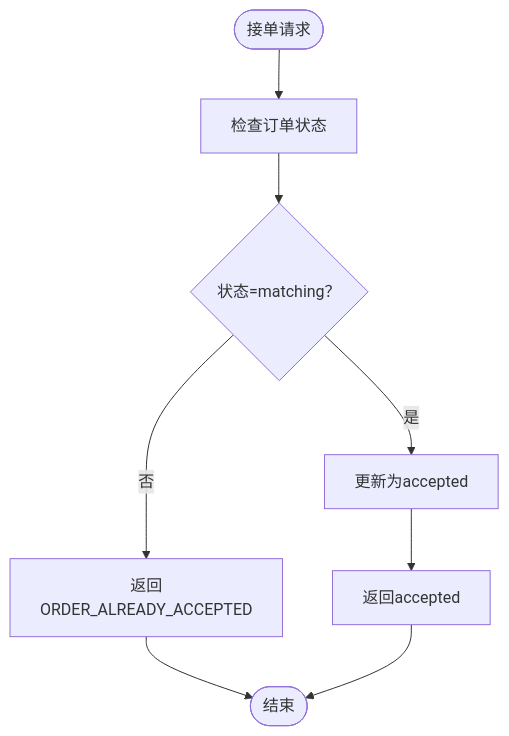
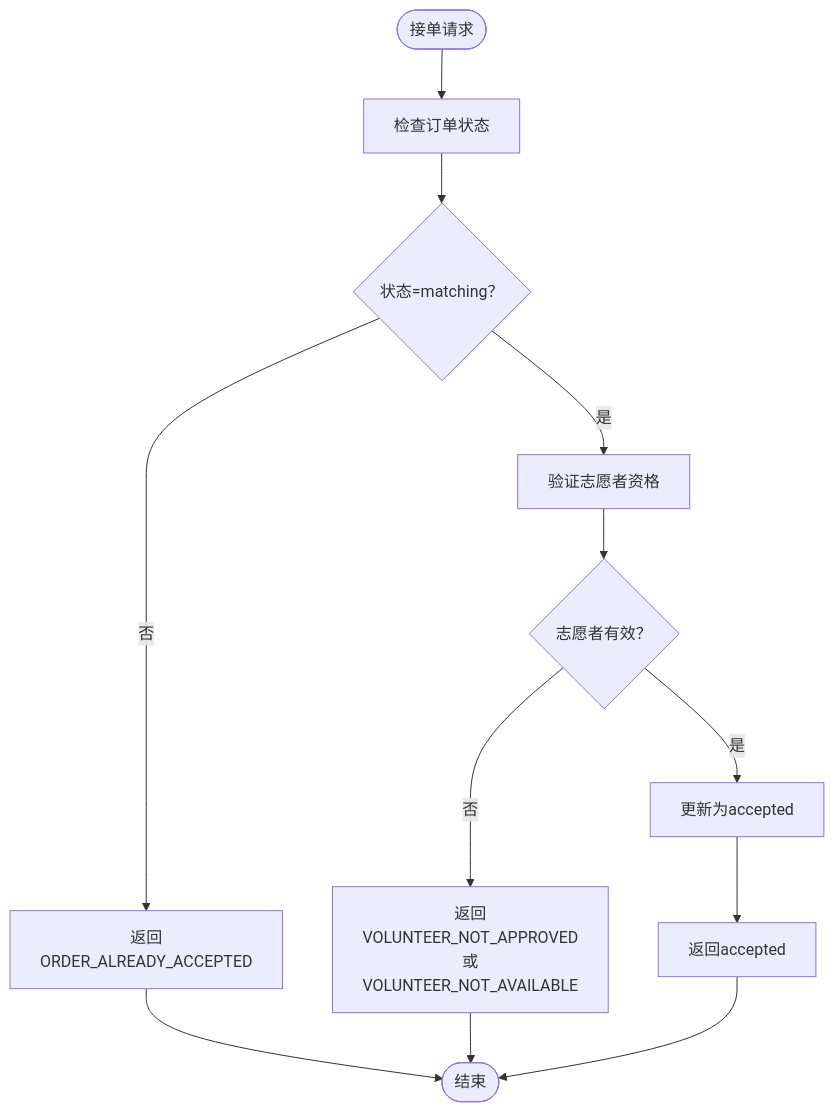
One commit to Jayden23018/blind-run-ios changed the seventh of 11 diagrams in .qoder/repowiki/zh/content/核心功能模块/志愿者功能/接单服务流程.md. Above: the diagram before and after it, drawn with Mermaid. The commit also changed other lines of this file and 15 other files, not shown here.

````diff
--- a/.qoder/repowiki/zh/content/核心功能模块/志愿者功能/接单服务流程.md
+++ b/.qoder/repowiki/zh/content/核心功能模块/志愿者功能/接单服务流程.md
@@ -288,10 +326,14 @@
 ```mermaid
 flowchart TD
 S(["接单请求"]) --> CheckStatus["检查订单状态"]
 CheckStatus --> IsMatching{"状态=matching？"}
 IsMatching --> |否| Conflict["返回ORDER_ALREADY_ACCEPTED"]
-IsMatching --> |是| Update["更新为accepted"]
+IsMatching --> |是| ValidateVolunteer["验证志愿者资格"]
+ValidateVolunteer --> Valid{"志愿者有效？"}
+Valid --> |否| Block["返回VOLUNTEER_NOT_APPROVED或VOLUNTEER_NOT_AVAILABLE"]
+Valid --> |是| Update["更新为accepted"]
 Update --> Success["返回accepted"]
 Conflict --> End(["结束"])
+Block --> End
 Success --> End
 ```
````
